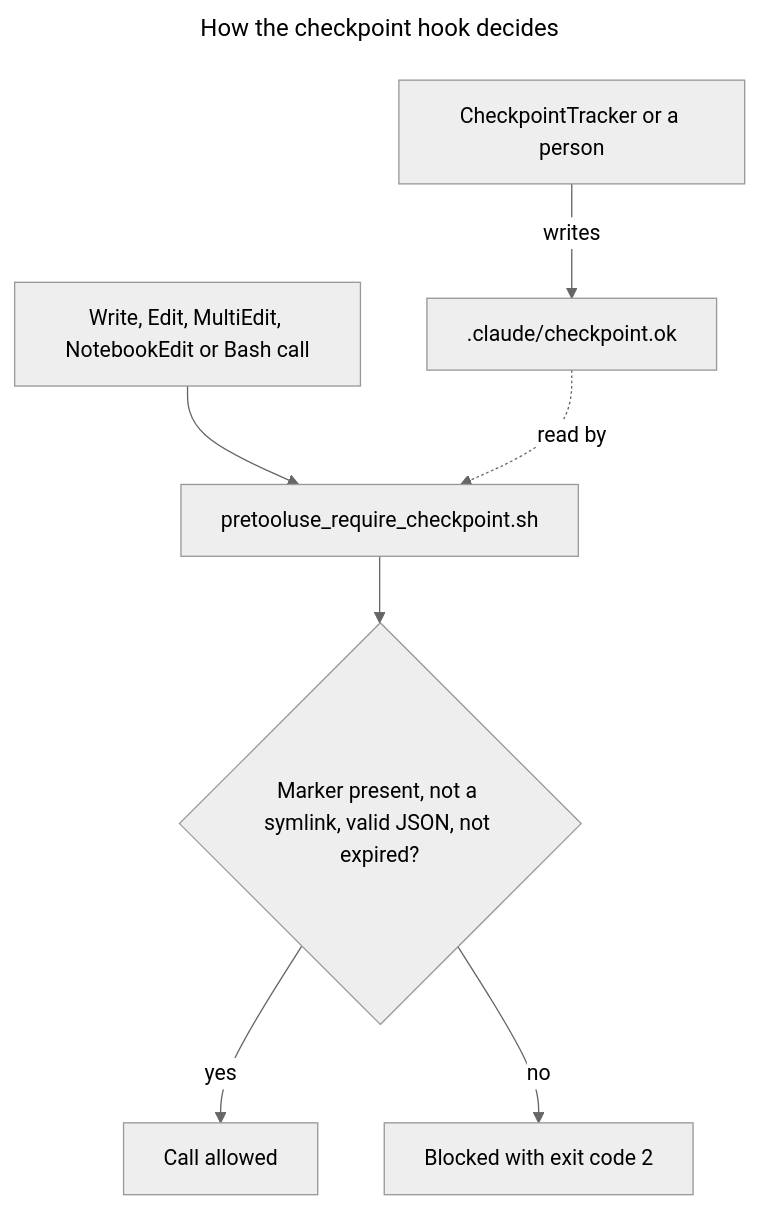
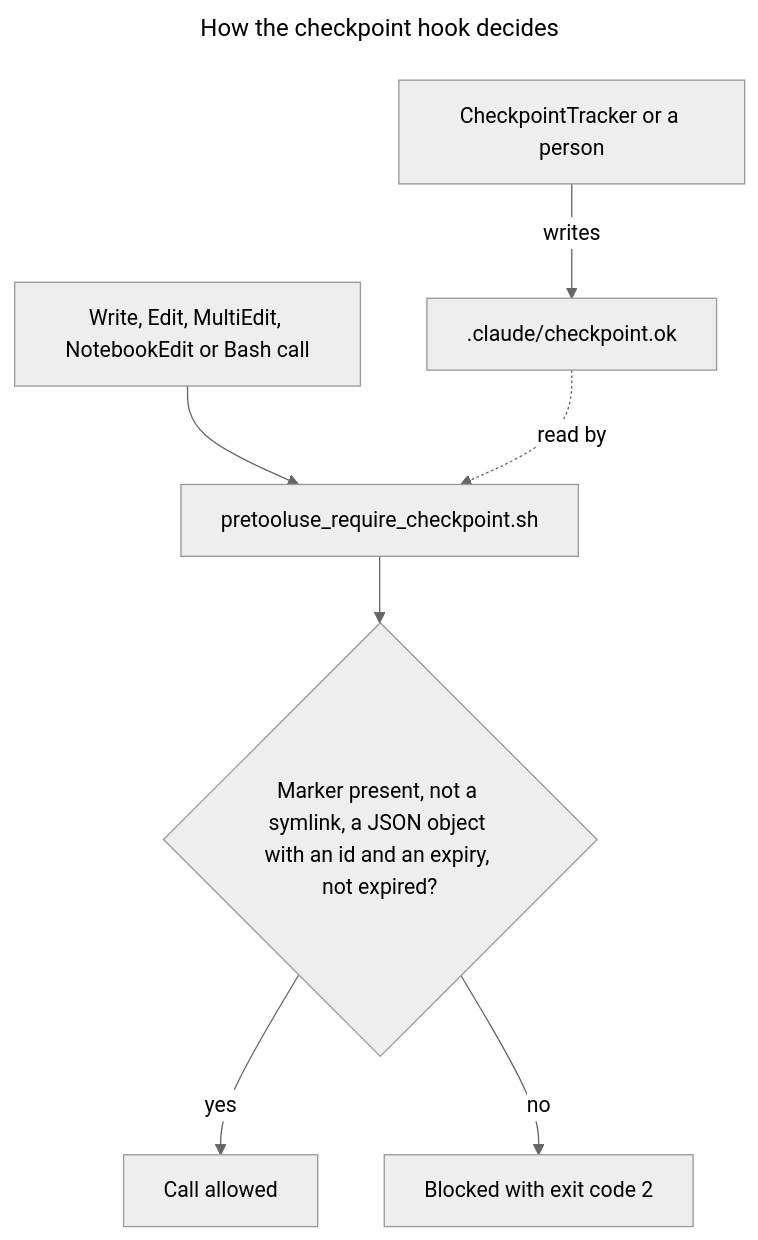
One commit to synaptiai/agent-capability-standard changed the second of 3 diagrams in hooks/README.md. Above: the diagram before and after it, drawn with Mermaid (neutral theme). The commit also changed other lines of this file and 32 other files, not shown here.

````diff
--- a/hooks/README.md
+++ b/hooks/README.md
@@ -118,13 +119,13 @@
 ```mermaid
 ---
 title: How the checkpoint hook decides
 ---
 flowchart TB
-  accDescr: CheckpointTracker or a person writes the marker file outside the gated tools; on every Write, Edit, MultiEdit, NotebookEdit or Bash call the hook allows the call only when the marker is present, is not a symlink, holds valid JSON with an id, creation time and expiry, and has not expired, and otherwise blocks with exit code 2.
+  accDescr: CheckpointTracker or a person writes the marker file outside the gated tools; on every Write, Edit, MultiEdit, NotebookEdit or Bash call the hook allows the call only when the marker is present, is not a symlink, is a JSON object with an id and an expiry, and has not expired, and otherwise blocks with exit code 2.
   w[CheckpointTracker or a person] -->|writes| m[".claude/checkpoint.ok"]
   call["Write, Edit, MultiEdit, NotebookEdit or Bash call"] --> h[pretooluse_require_checkpoint.sh]
   m -.->|read by| h
-  h --> q{"Marker present, not a symlink, valid JSON, not expired?"}
+  h --> q{"Marker present, not a symlink, a JSON object with an id and an expiry, not expired?"}
   q -->|yes| ok[Call allowed]
   q -->|no| no[Blocked with exit code 2]
 ```
````
